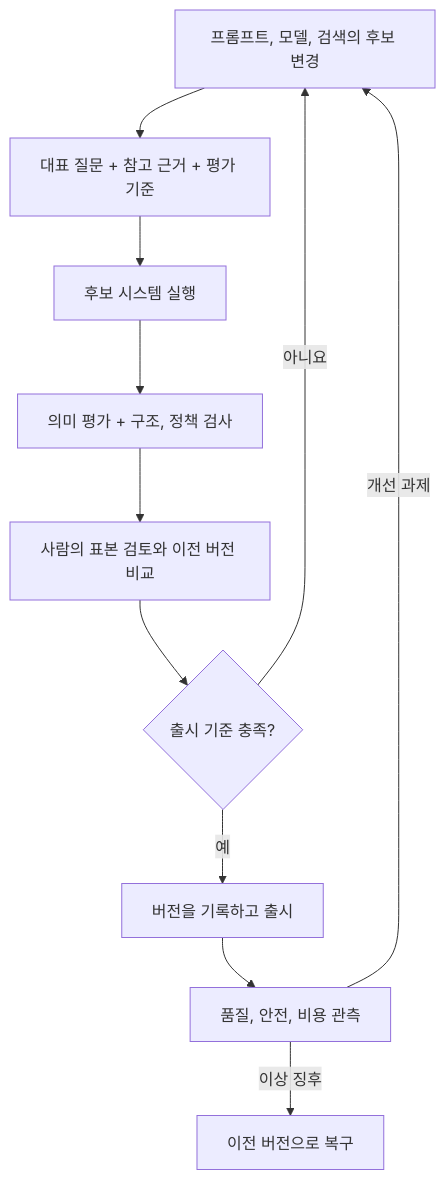
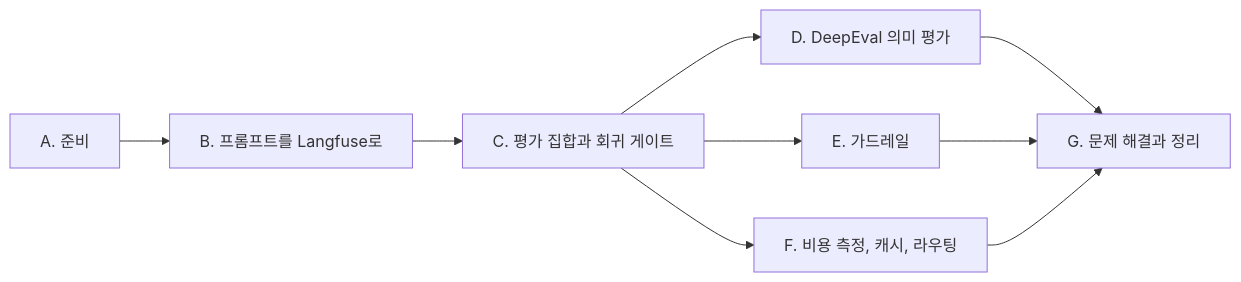
Before and after one commit to johklo/johklo.github.io: the third of 3 diagrams in content/docs/tech/machine-learning-platform-engineering/13-production-llm-systems.md, drawn with Mermaid. The commit also changed other lines of this file and 12 other files, not shown here.

````diff
--- a/content/docs/tech/machine-learning-platform-engineering/13-production-llm-systems.md
+++ b/content/docs/tech/machine-learning-platform-engineering/13-production-llm-systems.md
@@ -34,15 +305,13 @@
 ```mermaid
-flowchart TD
-    accTitle: LLM 변경의 평가와 출시 후 관측
-    accDescr: 후보 변경을 대표 질문으로 평가한다. 의미, 구조, 정책 검사와 사람의 검토를 통과하면 출시하고 품질, 안전, 비용을 관측해 필요 시 복구한다.
-    A["프롬프트, 모델, 검색의 후보 변경"] --> B["대표 질문 + 참고 근거 + 평가 기준"]
-    B --> C["후보 시스템 실행"]
-    C --> D["의미 평가 + 구조, 정책 검사"]
-    D --> E["사람의 표본 검토와 이전 버전 비교"]
-    E --> F{"출시 기준 충족?"}
-    F -->|"아니요"| A
-    F -->|"예"| G["버전을 기록하고 출시"]
-    G --> H["품질, 안전, 비용 관측"]
-    H -->|"이상 징후"| R["이전 버전으로 복구"]
-    H -->|"개선 과제"| A
+flowchart LR
+    accTitle: 13장 실습 순서
+    accDescr: 12장 환경을 다시 켜고 13장용 코드 사본과 가상환경을 준비한다. 프롬프트를 Langfuse로 옮기고 평가 집합으로 버전을 비교해 회귀 게이트를 통과한 버전을 출시한다. DeepEval로 의미 평가를 돌리고, 가드레일을 붙여 화면과 trace에서 확인한 뒤, 토큰과 캐시와 라우팅을 재고 정리한다.
+    A["A. 준비"] --> B["B. 프롬프트를 Langfuse로"]
+    B --> C["C. 평가 집합과 회귀 게이트"]
+    C --> D["D. DeepEval 의미 평가"]
+    C --> E["E. 가드레일"]
+    C --> F["F. 비용 측정, 캐시, 라우팅"]
+    D --> G["G. 문제 해결과 정리"]
+    E --> G
+    F --> G
 ```
````
